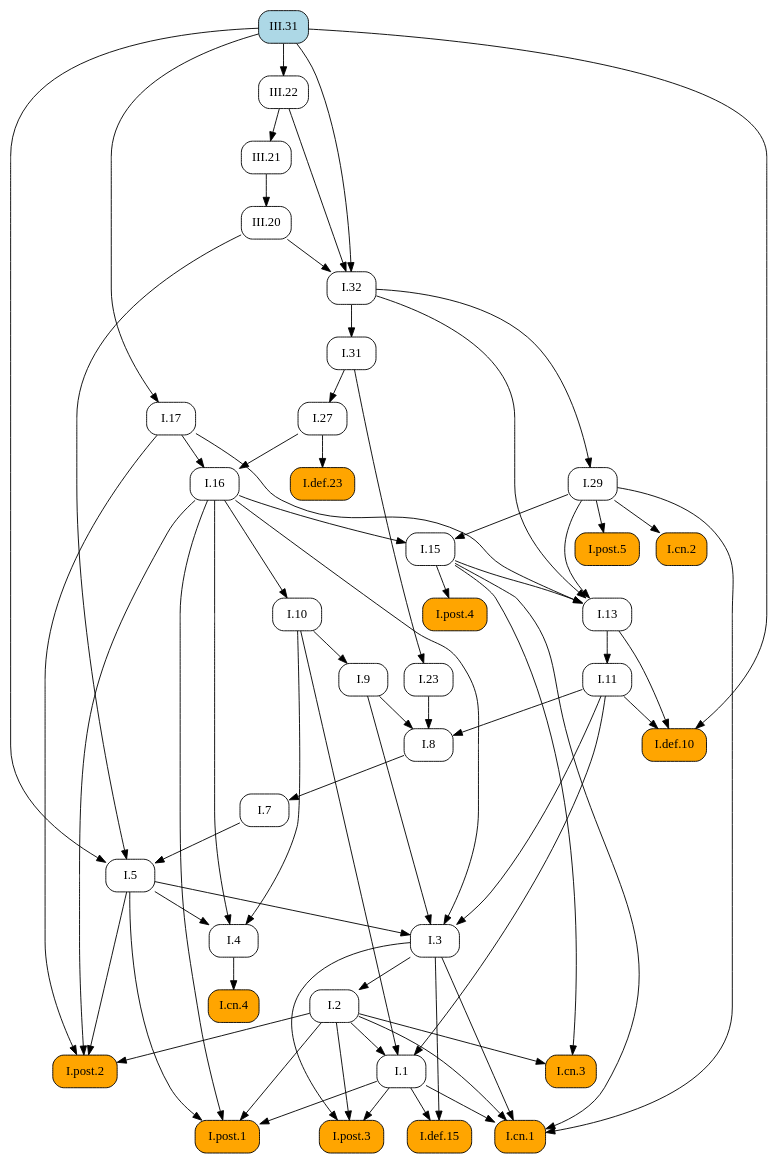
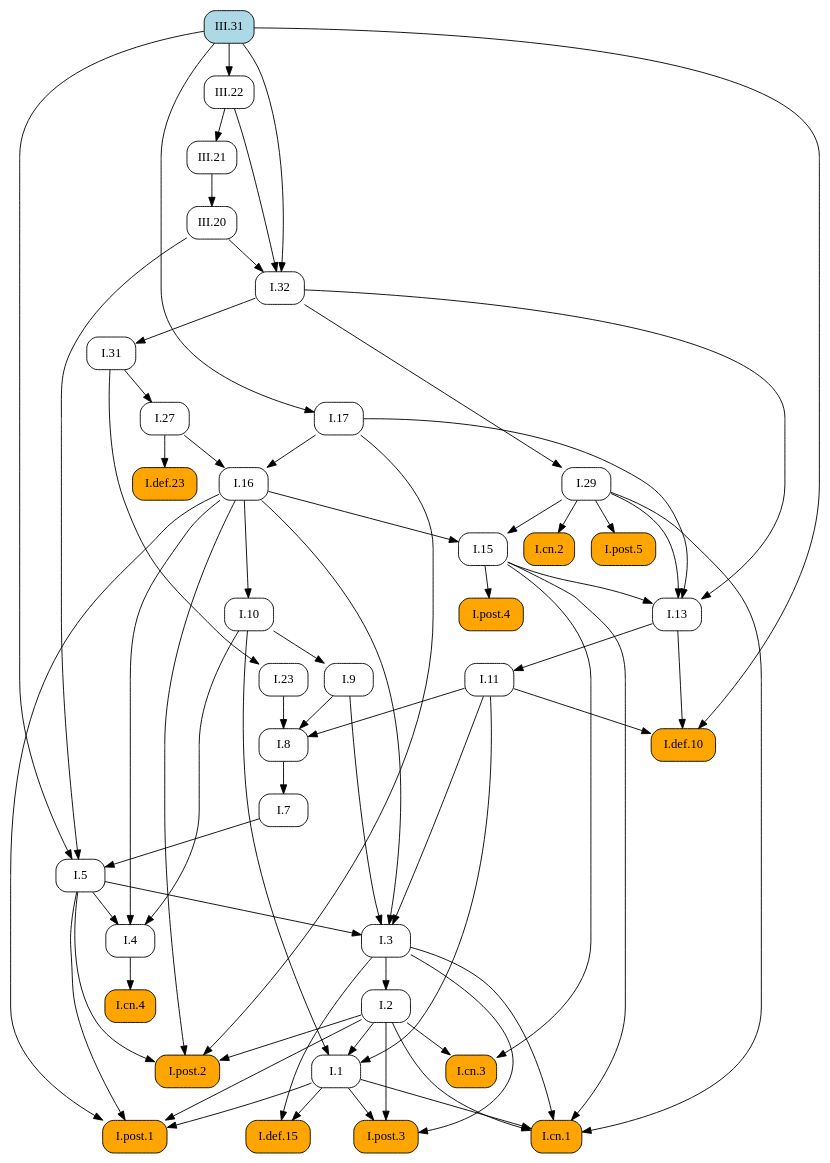
Before and after one commit to geometor/elements: the diagram in docsrc/heath/III/31/index.rst, drawn with Graphviz. The commit also changed other lines of this file and 484 other files, not shown here.

```diff
--- a/docsrc/heath/III/31/index.rst
+++ b/docsrc/heath/III/31/index.rst
@@ -89,107 +89,107 @@
    digraph {
      rankdir="TB";
      node [shape=box, style=rounded];
-     "I.def.10" [style="rounded,filled", fillcolor=orange, URL="/heath/I/def.10/", target="_top"];
-     "I.11" [URL="/heath/I/11/", target="_top"];
-     "I.post.4" [style="rounded,filled", fillcolor=orange, URL="/heath/I/post.4/", target="_top"];
-     "I.1" [URL="/heath/I/1/", target="_top"];
-     "I.29" [URL="/heath/I/29/", target="_top"];
-     "III.20" [URL="/heath/III/20/", target="_top"];
-     "I.cn.2" [style="rounded,filled", fillcolor=orange, URL="/heath/I/cn.2/", target="_top"];
-     "III.31" [style="rounded,filled", fillcolor=lightblue, URL="/heath/III/31/", target="_top"];
+     "I.23" [URL="/heath/I/23/", target="_top"];
+     "I.9" [URL="/heath/I/9/", target="_top"];
+     "I.32" [URL="/heath/I/32/", target="_top"];
      "I.def.15" [style="rounded,filled", fillcolor=orange, URL="/heath/I/def.15/", target="_top"];
      "I.post.3" [style="rounded,filled", fillcolor=orange, URL="/heath/I/post.3/", target="_top"];
+     "I.post.1" [style="rounded,filled", fillcolor=orange, URL="/heath/I/post.1/", target="_top"];
+     "III.20" [URL="/heath/III/20/", target="_top"];
+     "I.31" [URL="/heath/I/31/", target="_top"];
+     "III.22" [URL="/heath/III/22/", target="_top"];
+     "I.def.10" [style="rounded,filled", fillcolor=orange, URL="/heath/I/def.10/", target="_top"];
+     "I.27" [URL="/heath/I/27/", target="_top"];
+     "I.3" [URL="/heath/I/3/", target="_top"];
      "I.cn.1" [style="rounded,filled", fillcolor=orange, URL="/heath/I/cn.1/", target="_top"];
+     "I.7" [URL="/heath/I/7/", target="_top"];
+     "I.2" [URL="/heath/I/2/", target="_top"];
+     "I.13" [URL="/heath/I/13/", target="_top"];
+     "I.post.4" [style="rounded,filled", fillcolor=orange, URL="/heath/I/post.4/", target="_top"];
+     "I.4" [URL="/heath/I/4/", target="_top"];
+     "I.1" [URL="/heath/I/1/", target="_top"];
+     "I.5" [URL="/heath/I/5/", target="_top"];
+     "I.17" [URL="/heath/I/17/", target="_top"];
+     "I.8" [URL="/heath/I/8/", target="_top"];
+     "I.29" [URL="/heath/I/29/", target="_top"];
      "I.cn.3" [style="rounded,filled", fillcolor=orange, URL="/heath/I/cn.3/", target="_top"];
-     "I.23" [URL="/heath/I/23/", target="_top"];
-     "I.post.1" [style="rounded,filled", fillcolor=orange, URL="/heath/I/post.1/", target="_top"];
-     "I.27" [URL="/heath/I/27/", target="_top"];
-     "I.7" [URL="/heath/I/7/", target="_top"];
-     "I.3" [URL="/heath/I/3/", target="_top"];
-     "I.2" [URL="/heath/I/2/", target="_top"];
-     "I.4" [URL="/heath/I/4/", target="_top"];
+     "I.16" [URL="/heath/I/16/", target="_top"];
+     "III.31" [style="rounded,filled", fillcolor=lightblue, URL="/heath/III/31/", target="_top"];
+     "I.15" [URL="/heath/I/15/", target="_top"];
+     "I.10" [URL="/heath/I/10/", target="_top"];
+     "I.11" [URL="/heath/I/11/", target="_top"];
      "I.def.23" [style="rounded,filled", fillcolor=orange, URL="/heath/I/def.23/", target="_top"];
-     "I.13" [URL="/heath/I/13/", target="_top"];
-     "I.17" [URL="/heath/I/17/", target="_top"];
+     "I.cn.2" [style="rounded,filled", fillcolor=orange, URL="/heath/I/cn.2/", target="_top"];
+     "I.post.5" [style="rounded,filled", fillcolor=orange, URL="/heath/I/post.5/", target="_top"];
+     "III.21" [URL="/heath/III/21/", target="_top"];
+     "I.cn.4" [style="rounded,filled", fillcolor=orange, URL="/heath/I/cn.4/", target="_top"];
      "I.post.2" [style="rounded,filled", fillcolor=orange, URL="/heath/I/post.2/", target="_top"];
-     "I.31" [URL="/heath/I/31/", target="_top"];
-     "I.16" [URL="/heath/I/16/", target="_top"];
-     "I.9" [URL="/heath/I/9/", target="_top"];
-     "I.32" [URL="/heath/I/32/", target="_top"];
-     "I.8" [URL="/heath/I/8/", target="_top"];
-     "I.cn.4" [style="rounded,filled", fillcolor=orange, URL="/heath/I/cn.4/", target="_top"];
-     "I.15" [URL="/heath/I/15/", target="_top"];
-     "III.21" [URL="/heath/III/21/", target="_top"];
-     "III.22" [URL="/heath/III/22/", target="_top"];
-     "I.post.5" [style="rounded,filled", fillcolor=orange, URL="/heath/I/post.5/", target="_top"];
-     "I.10" [URL="/heath/I/10/", target="_top"];
-     "I.5" [URL="/heath/I/5/", target="_top"];
-     "I.11" -> "I.def.10";
-     "I.13" -> "I.def.10";
-     "III.31" -> "I.def.10";
-     "I.13" -> "I.11";
-     "I.15" -> "I.post.4";
-     "I.2" -> "I.1";
-     "I.10" -> "I.1";
-     "I.11" -> "I.1";
-     "I.32" -> "I.29";
-     "III.21" -> "III.20";
-     "I.29" -> "I.cn.2";
+     "I.31" -> "I.23";
+     "I.10" -> "I.9";
+     "III.20" -> "I.32";
+     "III.22" -> "I.32";
+     "III.31" -> "I.32";
      "I.1" -> "I.def.15";
      "I.3" -> "I.def.15";
      "I.1" -> "I.post.3";
      "I.2" -> "I.post.3";
      "I.3" -> "I.post.3";
+     "I.1" -> "I.post.1";
+     "I.2" -> "I.post.1";
+     "I.5" -> "I.post.1";
+     "I.16" -> "I.post.1";
+     "III.21" -> "III.20";
+     "I.32" -> "I.31";
+     "III.31" -> "III.22";
+     "I.11" -> "I.def.10";
+     "I.13" -> "I.def.10";
+     "III.31" -> "I.def.10";
+     "I.31" -> "I.27";
+     "I.5" -> "I.3";
+     "I.9" -> "I.3";
+     "I.11" -> "I.3";
+     "I.16" -> "I.3";
      "I.1" -> "I.cn.1";
      "I.2" -> "I.cn.1";
      "I.3" -> "I.cn.1";
      "I.15" -> "I.cn.1";
      "I.29" -> "I.cn.1";
-     "I.2" -> "I.cn.3";
-     "I.15" -> "I.cn.3";
-     "I.31" -> "I.23";
-     "I.1" -> "I.post.1";
-     "I.2" -> "I.post.1";
-     "I.5" -> "I.post.1";
-     "I.16" -> "I.post.1";
-     "I.31" -> "I.27";
      "I.8" -> "I.7";
-     "I.5" -> "I.3";
-     "I.9" -> "I.3";
-     "I.11" -> "I.3";
-     "I.16" -> "I.3";
      "I.3" -> "I.2";
-     "I.5" -> "I.4";
-     "I.10" -> "I.4";
-     "I.16" -> "I.4";
-     "I.27" -> "I.def.23";
      "I.15" -> "I.13";
      "I.17" -> "I.13";
      "I.29" -> "I.13";
      "I.32" -> "I.13";
+     "I.15" -> "I.post.4";
+     "I.5" -> "I.4";
+     "I.10" -> "I.4";
+     "I.16" -> "I.4";
+     "I.2" -> "I.1";
+     "I.10" -> "I.1";
+     "I.11" -> "I.1";
+     "I.7" -> "I.5";
+     "III.20" -> "I.5";
+     "III.31" -> "I.5";
      "III.31" -> "I.17";
+     "I.9" -> "I.8";
+     "I.11" -> "I.8";
+     "I.23" -> "I.8";
+     "I.32" -> "I.29";
+     "I.2" -> "I.cn.3";
+     "I.15" -> "I.cn.3";
+     "I.17" -> "I.16";
+     "I.27" -> "I.16";
+     "I.16" -> "I.15";
+     "I.29" -> "I.15";
+     "I.16" -> "I.10";
+     "I.13" -> "I.11";
+     "I.27" -> "I.def.23";
+     "I.29" -> "I.cn.2";
+     "I.29" -> "I.post.5";
+     "III.22" -> "III.21";
+     "I.4" -> "I.cn.4";
      "I.2" -> "I.post.2";
      "I.5" -> "I.post.2";
      "I.16" -> "I.post.2";
      "I.17" -> "I.post.2";
-     "I.32" -> "I.31";
-     "I.17" -> "I.16";
-     "I.27" -> "I.16";
-     "I.10" -> "I.9";
-     "III.20" -> "I.32";
-     "III.22" -> "I.32";
-     "III.31" -> "I.32";
-     "I.9" -> "I.8";
-     "I.11" -> "I.8";
-     "I.23" -> "I.8";
-     "I.4" -> "I.cn.4";
-     "I.16" -> "I.15";
-     "I.29" -> "I.15";
-     "III.22" -> "III.21";
-     "III.31" -> "III.22";
-     "I.29" -> "I.post.5";
-     "I.16" -> "I.10";
-     "I.7" -> "I.5";
-     "III.20" -> "I.5";
-     "III.31" -> "I.5";
    }
```
